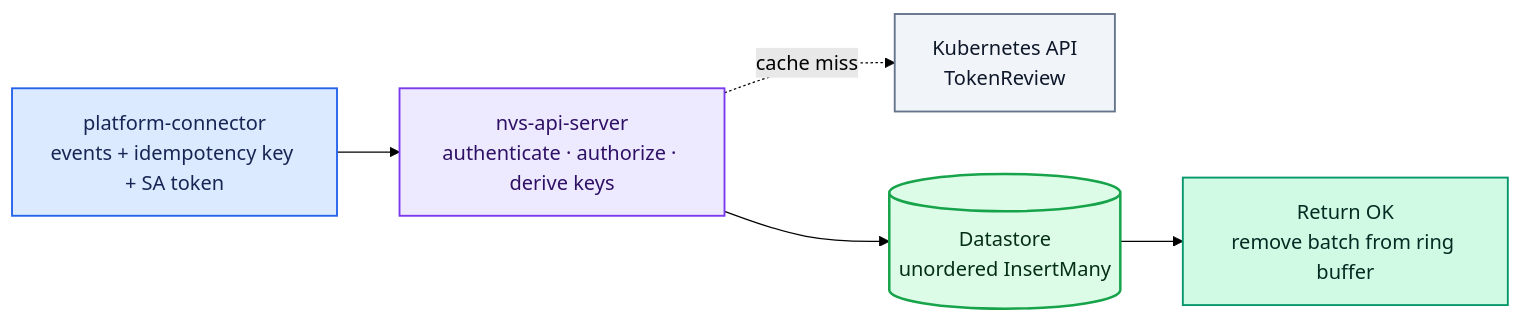
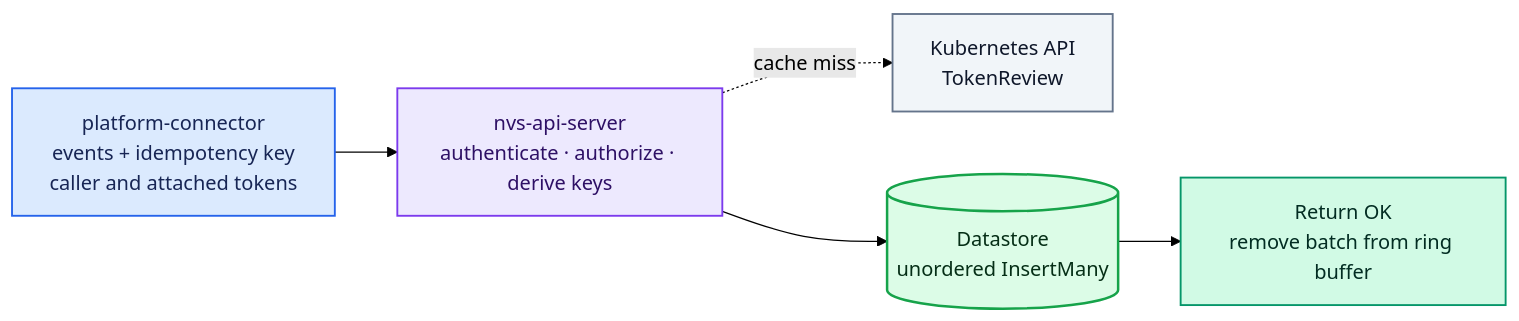
Before and after one commit to KaivalyaMDabhadkar/NVSentinel: the third of 6 diagrams in docs/designs/050-datastore-api-server.md, drawn with Mermaid (forest theme). The commit also changed other lines of this file, not shown here.

````diff
--- a/docs/designs/050-datastore-api-server.md
+++ b/docs/designs/050-datastore-api-server.md
@@ -263,24 +200,24 @@
 ```mermaid
 flowchart LR
-    PC["platform-connector<br/>events + idempotency key + SA token"]
+    PC["platform-connector<br/>events + idempotency key<br/>caller and attached tokens"]
     API["nvs-api-server<br/>authenticate · authorize · derive keys"]
     K8S["Kubernetes API<br/>TokenReview"]
     DB[("Datastore<br/>unordered InsertMany")]
     DONE["Return OK<br/>remove batch from ring buffer"]
 
     PC --> API
     API -. "cache miss" .-> K8S
     API --> DB
     DB --> DONE
 
     classDef client fill:#DBEAFE,stroke:#2563EB,color:#172554,stroke-width:1.5px
     classDef service fill:#EDE9FE,stroke:#7C3AED,color:#2E1065,stroke-width:1.5px
     classDef support fill:#F1F5F9,stroke:#64748B,color:#0F172A,stroke-width:1.5px
     classDef database fill:#DCFCE7,stroke:#16A34A,color:#052E16,stroke-width:2px
     classDef success fill:#D1FAE5,stroke:#059669,color:#022C22,stroke-width:1.5px
     class PC client
     class API service
     class K8S support
     class DB database
     class DONE success
 ```
````
